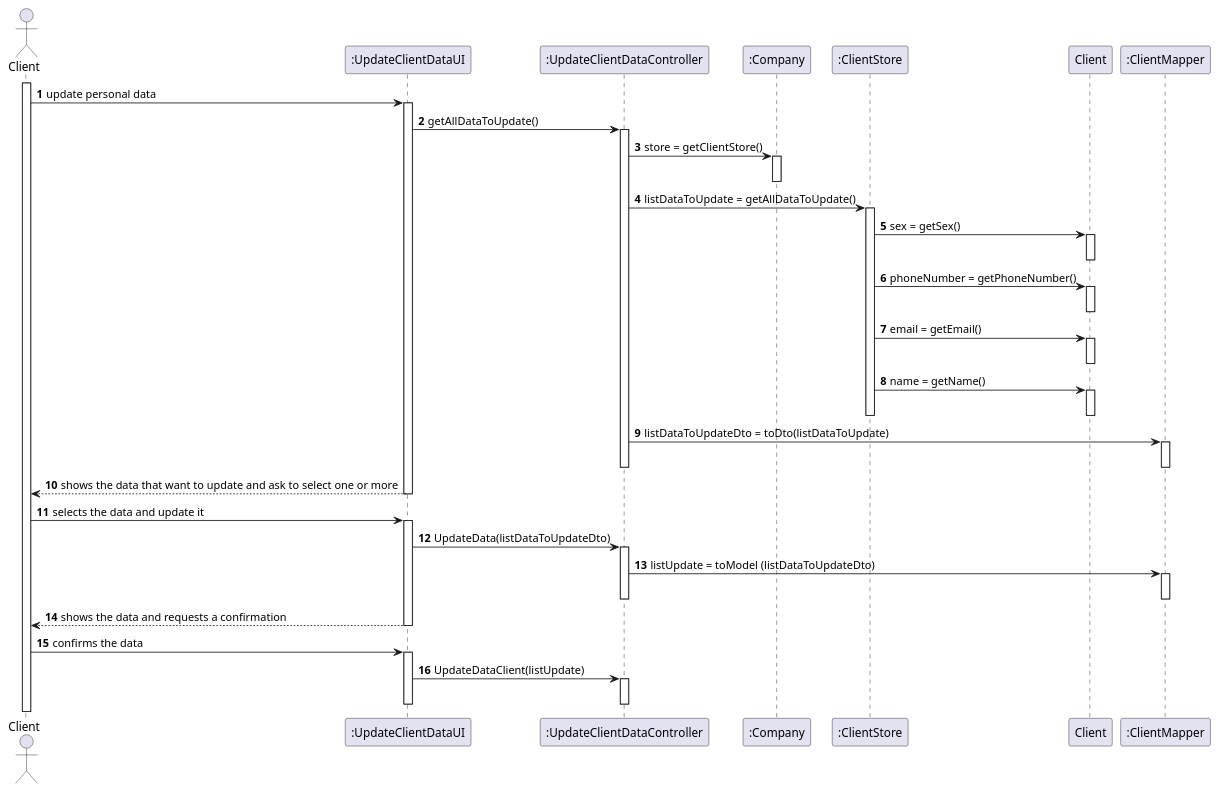
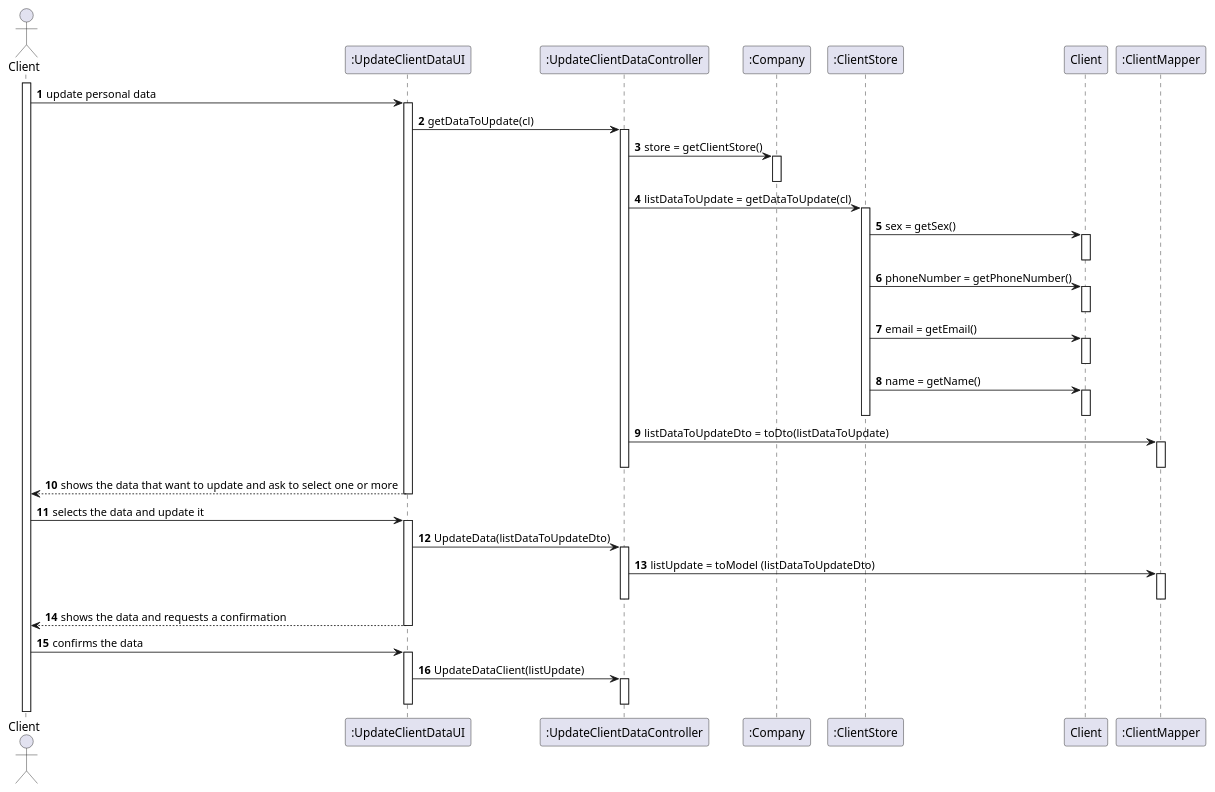
One commit to 0franciscor/lei-21-s2-1de-g19 changed the diagram in docs/SprintD/US02/US02-SD.puml. Above: the diagram before and after it, drawn with PlantUML. The commit also changed 3 other files, not shown here.

```diff
--- a/docs/SprintD/US02/US02-SD.puml
+++ b/docs/SprintD/US02/US02-SD.puml
@@ -1,70 +1,70 @@
 @startuml
 'https://plantuml.com/sequence-diagram
 
 autonumber
 
 actor "Client" as C
 activate C
 
 
 C -> ":UpdateClientDataUI" : update personal data
 activate ":UpdateClientDataUI"
-":UpdateClientDataUI" -> ":UpdateClientDataController": getAllDataToUpdate()
+":UpdateClientDataUI" -> ":UpdateClientDataController": getDataToUpdate(cl)
 activate ":UpdateClientDataController"
 
 ":UpdateClientDataController" -> ":Company": store = getClientStore()
 activate ":Company"
 deactivate ":Company"
-":UpdateClientDataController" -> ":ClientStore": listDataToUpdate = getAllDataToUpdate()
+":UpdateClientDataController" -> ":ClientStore": listDataToUpdate = getDataToUpdate(cl)
 activate ":ClientStore"
 
 ":ClientStore" -> "Client": sex = getSex()
 activate "Client"
 deactivate "Client"
 ":ClientStore" -> "Client": phoneNumber = getPhoneNumber()
 activate "Client"
 deactivate "Client"
 ":ClientStore" -> "Client": email = getEmail()
 activate "Client"
 deactivate "Client"
 ":ClientStore" -> "Client": name = getName()
 activate "Client"
 deactivate "Client"
 
 deactivate ":ClientStore"
 
 ":UpdateClientDataController" -> ":ClientMapper": listDataToUpdateDto = toDto(listDataToUpdate)
 activate ":ClientMapper"
 deactivate ":ClientMapper"
 
 deactivate ":UpdateClientDataController"
 
 
 ":UpdateClientDataUI" --> C: shows the data that want to update and ask to select one or more
 deactivate ":UpdateClientDataUI"
 C -> ":UpdateClientDataUI" : selects the data and update it
 activate ":UpdateClientDataUI"
 ":UpdateClientDataUI" -> ":UpdateClientDataController": UpdateData(listDataToUpdateDto)
 activate ":UpdateClientDataController"
 
 ":UpdateClientDataController" -> ":ClientMapper": listUpdate = toModel (listDataToUpdateDto)
 activate ":ClientMapper"
 deactivate ":ClientMapper"
 deactivate ":UpdateClientDataController"
 
 
 
 
 
 ":UpdateClientDataUI" --> C: shows the data and requests a confirmation
 deactivate ":UpdateClientDataUI"
 C -> ":UpdateClientDataUI": confirms the data
 activate ":UpdateClientDataUI"
 ":UpdateClientDataUI" -> ":UpdateClientDataController": UpdateDataClient(listUpdate)
 activate ":UpdateClientDataController"
 deactivate ":UpdateClientDataController"
 
 
 
 deactivate ":UpdateClientDataUI"
 @enduml
```
